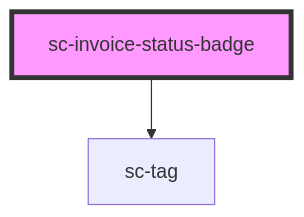
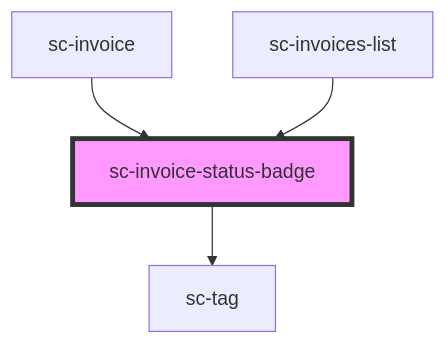
The diagram in packages/components/src/components/ui/invoice-status-badge/readme.md (surecart/surecart-wp-plugin), drawn with Mermaid before and after one commit. The commit also changed other lines of this file and 46 other files, not shown here.

Commit message:
Invoice list and side menu added in customer dashboard page

````diff
--- a/packages/components/src/components/ui/invoice-status-badge/readme.md
+++ b/packages/components/src/components/ui/invoice-status-badge/readme.md
@@ -25,5 +30,7 @@
 ```mermaid
 graph TD;
   sc-invoice-status-badge --> sc-tag
+  sc-invoice --> sc-invoice-status-badge
+  sc-invoices-list --> sc-invoice-status-badge
   style sc-invoice-status-badge fill:#f9f,stroke:#333,stroke-width:4px
 ```
````
